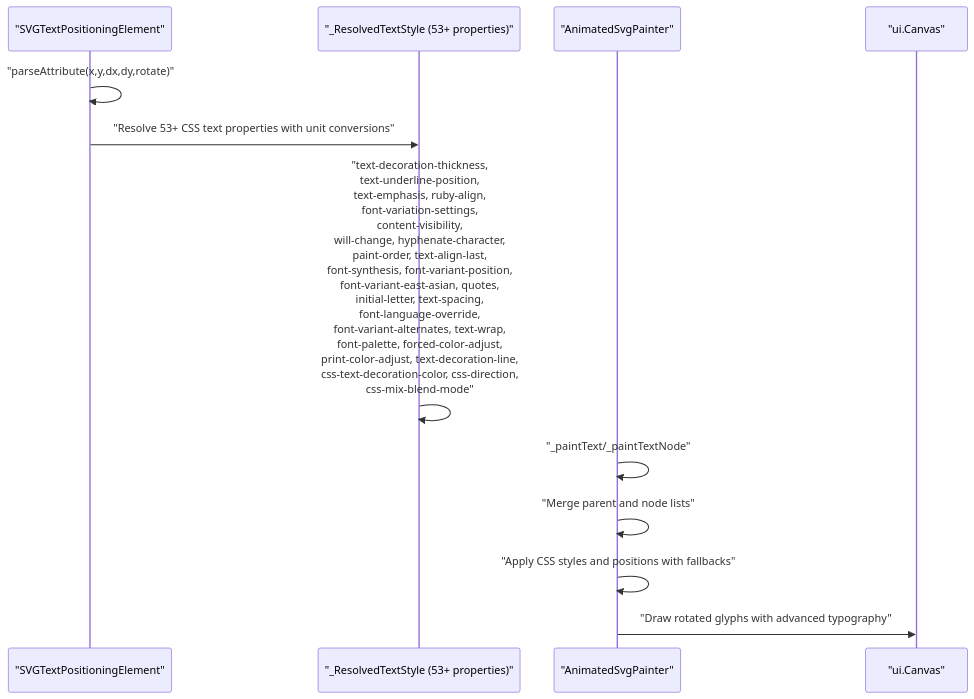
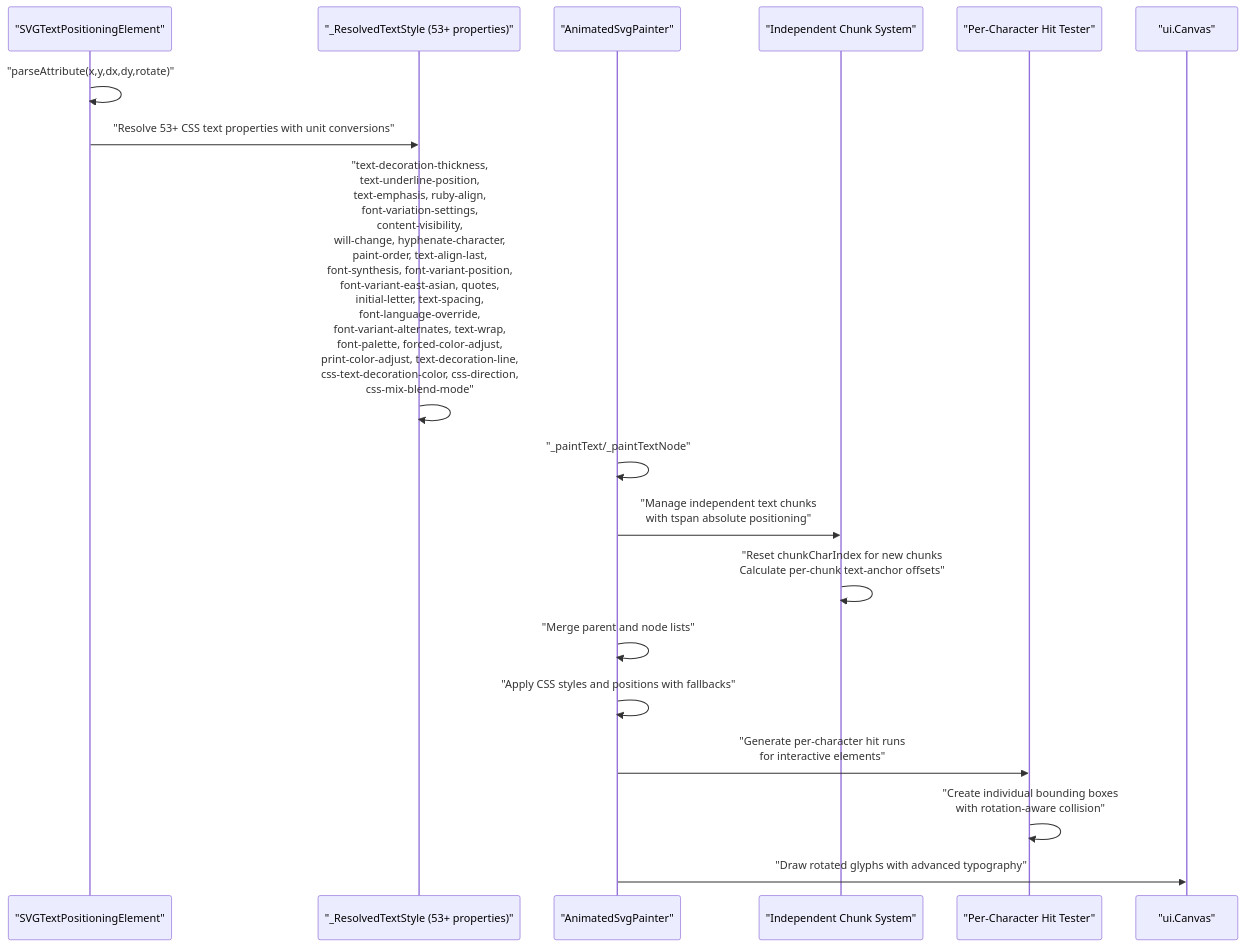
One commit to denisnadey/flutter_full_svg_support changed the second of 6 diagrams in .qoder/repowiki/en/content/Animated SVG Support/Text Positioning Attributes.md. Above: the diagram before and after it, drawn with Mermaid. The commit also changed other lines of this file and 40 other files, not shown here.

First line of the commit message:
docs(svg): enhance advanced features and interactive SVG elements documentation

````diff
--- a/.qoder/repowiki/en/content/Animated SVG Support/Text Positioning Attributes.md
+++ b/.qoder/repowiki/en/content/Animated SVG Support/Text Positioning Attributes.md
@@ -123,14 +141,20 @@
 ```mermaid
 sequenceDiagram
 participant Parser as "SVGTextPositioningElement"
 participant CSSResolver as "_ResolvedTextStyle (53+ properties)"
 participant Renderer as "AnimatedSvgPainter"
+participant ChunkSystem as "Independent Chunk System"
+participant HitTester as "Per-Character Hit Tester"
 participant Canvas as "ui.Canvas"
 Parser->>Parser : "parseAttribute(x,y,dx,dy,rotate)"
 Parser->>CSSResolver : "Resolve 53+ CSS text properties with unit conversions"
 CSSResolver->>CSSResolver : "text-decoration-thickness,<br/>text-underline-position,<br/>text-emphasis, ruby-align,<br/>font-variation-settings,<br/>content-visibility,<br/>will-change, hyphenate-character,<br/>paint-order, text-align-last,<br/>font-synthesis, font-variant-position,<br/>font-variant-east-asian, quotes,<br/>initial-letter, text-spacing,<br/>font-language-override,<br/>font-variant-alternates, text-wrap,<br/>font-palette, forced-color-adjust,<br/>print-color-adjust, text-decoration-line,<br/>css-text-decoration-color, css-direction,<br/>css-mix-blend-mode"
 Renderer->>Renderer : "_paintText/_paintTextNode"
+Renderer->>ChunkSystem : "Manage independent text chunks<br/>with tspan absolute positioning"
+ChunkSystem->>ChunkSystem : "Reset chunkCharIndex for new chunks<br/>Calculate per-chunk text-anchor offsets"
 Renderer->>Renderer : "Merge parent and node lists"
 Renderer->>Renderer : "Apply CSS styles and positions with fallbacks"
+Renderer->>HitTester : "Generate per-character hit runs<br/>for interactive elements"
+HitTester->>HitTester : "Create individual bounding boxes<br/>with rotation-aware collision"
 Renderer->>Canvas : "Draw rotated glyphs with advanced typography"
 ```
````
